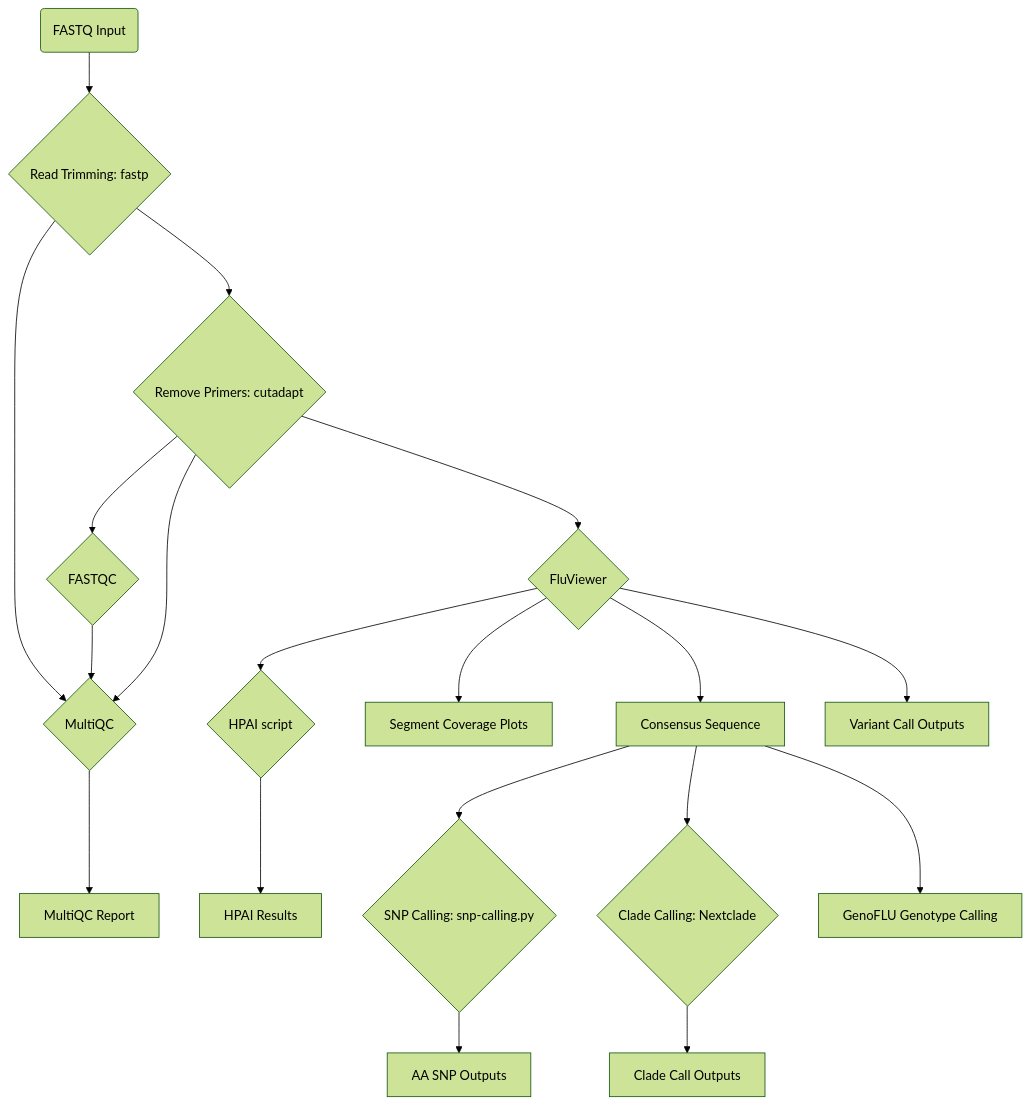
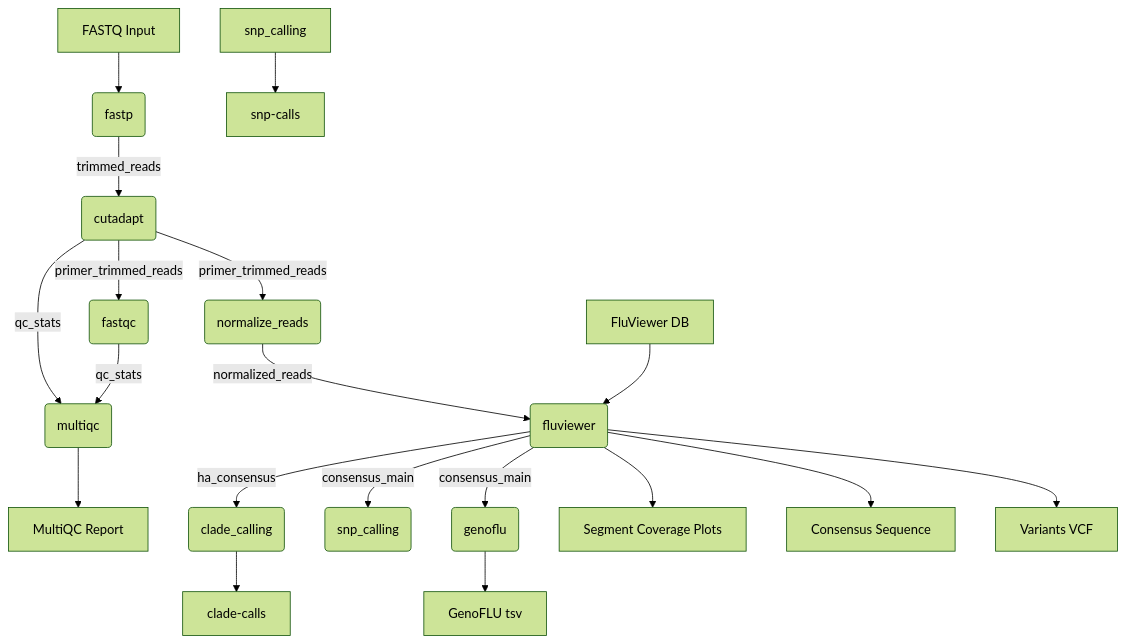
One commit to jpalmer37/fluviewer-nf changed the diagram in README.md. Above: the diagram before and after it, drawn with Mermaid (forest theme). The commit also changed other lines of this file and 1 other file, not shown here.

````diff
--- a/README.md
+++ b/README.md
@@ -20,17 +20,21 @@
 ```mermaid
 flowchart TD
-  fastq(FASTQ Input) --> fastq_trimmed{Read Trimming: fastp}
-  fastq_trimmed --> primer_trimmed{Remove Primers: cutadapt}
-  fastq_trimmed --> MultiQC{MultiQC}
-  primer_trimmed --> FASTQC{FASTQC}
-  FASTQC --> MultiQC
-  primer_trimmed --> MultiQC --> MultiQC_report[MultiQC Report]
-  primer_trimmed --> FluViewer{FluViewer} 
-  FluViewer  --> HPAI{HPAI script} --> HPAI_result[HPAI Results]
-  FluViewer -->  Segcov[Segment Coverage Plots]
-  FluViewer --> Consensus[Consensus Sequence]
-  Consensus -->  SNPCaller{SNP Calling: snp-calling.py} --> SNPCalls[AA SNP Outputs]
-  Consensus -->  CladeCaller{Clade Calling: Nextclade} --> CladeCalls[Clade Call Outputs]
-  FluViewer --> VCF[Variant Call Outputs]
-  Consensus --> GenoFLU[GenoFLU Genotype Calling]
+  fastq_input[FASTQ Input] --> fastp(fastp)
+  fastp -- trimmed_reads --> cutadapt(cutadapt)
+  cutadapt -- qc_stats --> multiqc(multiqc)
+  cutadapt -- primer_trimmed_reads --> fastqc(fastqc)
+  fastqc -- qc_stats --> multiqc
+  multiqc --> multiqc_report[MultiQC Report]
+  cutadapt -- primer_trimmed_reads --> normalize_reads(normalize_reads)
+  normalize_reads -- normalized_reads --> fluviewer(fluviewer)
+  fluviewer_db[FluViewer DB] --> fluviewer
+  fluviewer  -- ha_consensus --> clade_calling(clade_calling)
+  clade_calling --> clade_calls[clade-calls]
+  fluviewer -- consensus_main --> snp_caling(snp_calling)
+  snp_calling --> snp_calls[snp-calls]
+  fluviewer -- consensus_main --> genoflu(genoflu)
+  fluviewer -->  segment_coverage_plots[Segment Coverage Plots]
+  fluviewer --> consensus_sequence[Consensus Sequence]
+  fluviewer --> variants[Variants VCF]
+  genoflu --> genoflu_tsv[GenoFLU tsv]
 ```
````
